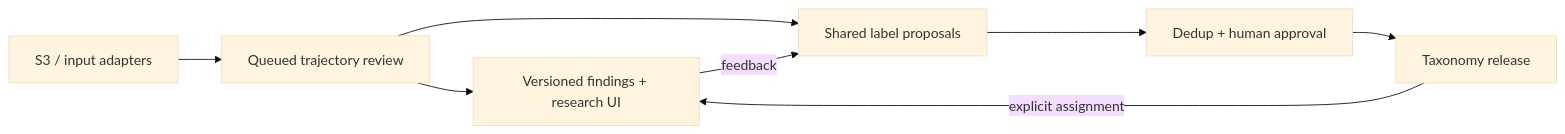
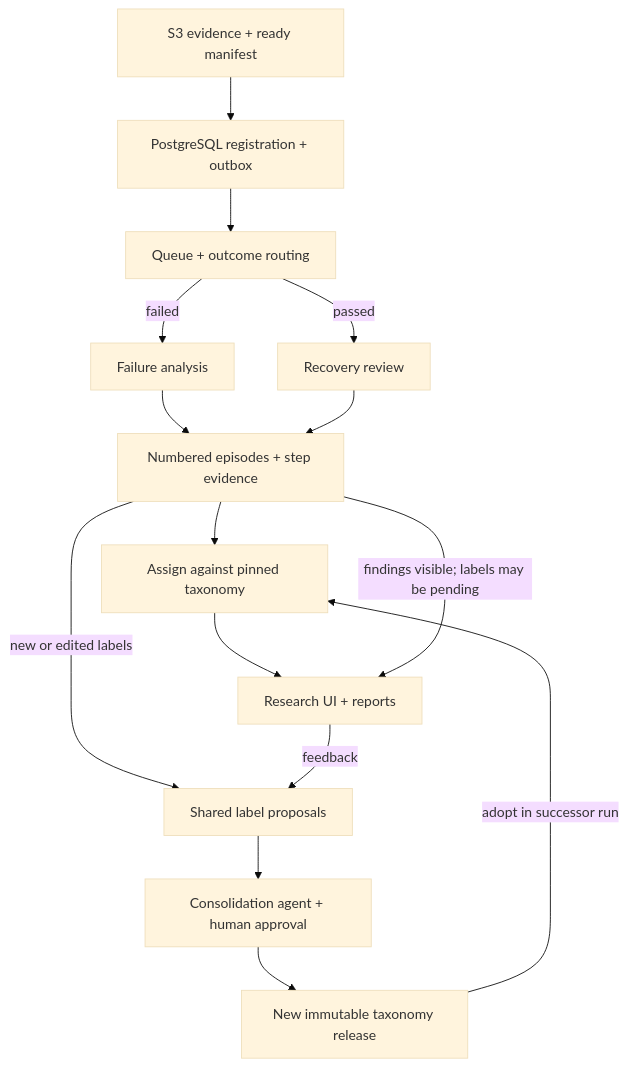
Before and after one commit to NavpreetDevpuri/CUAutoReview: the diagram in docs/SUBMISSION.md, drawn with Mermaid (base theme). The commit also changed other lines of this file and 7 other files, not shown here.

````diff
--- a/docs/SUBMISSION.md
+++ b/docs/SUBMISSION.md
@@ -9,10 +9,17 @@
 ```mermaid
-flowchart LR
-    A["S3 / input adapters"] --> B["Queued trajectory review"]
-    B --> C["Versioned findings + research UI"]
-    B --> D["Shared label proposals"]
-    C -->|feedback| D
-    D --> E["Dedup + human approval"]
-    E --> F["Taxonomy release"]
-    F -->|explicit assignment| C
+flowchart TB
+    A["S3 evidence + ready manifest"] --> B["PostgreSQL registration + outbox"]
+    B --> C["Queue + outcome routing"]
+    C -->|failed| D["Failure analysis"]
+    C -->|passed| E["Recovery review"]
+    D --> F["Numbered episodes + step evidence"]
+    E --> F
+    F --> G["Assign against pinned taxonomy"]
+    G --> H["Research UI + reports"]
+    F -->|findings visible; labels may be pending| H
+    F -->|new or edited labels| I["Shared label proposals"]
+    H -->|feedback| I
+    I --> J["Consolidation agent + human approval"]
+    J --> K["New immutable taxonomy release"]
+    K -->|adopt in successor run| G
 ```
````
